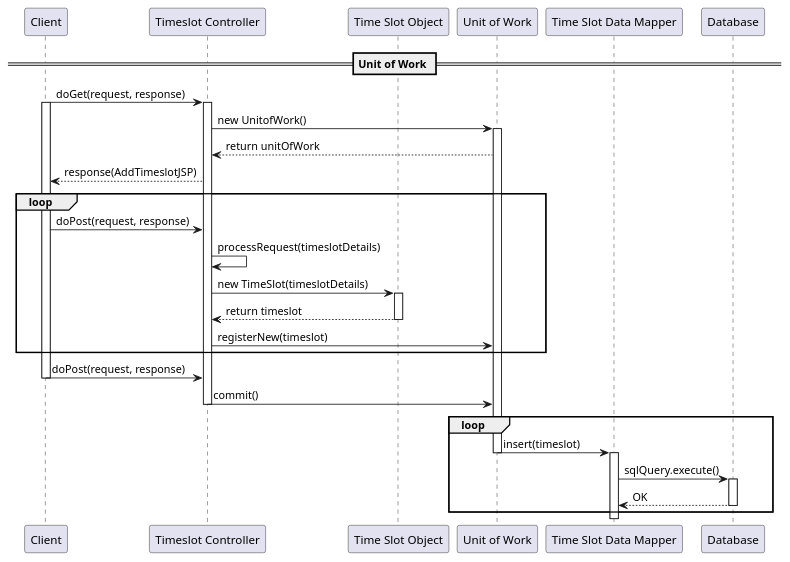
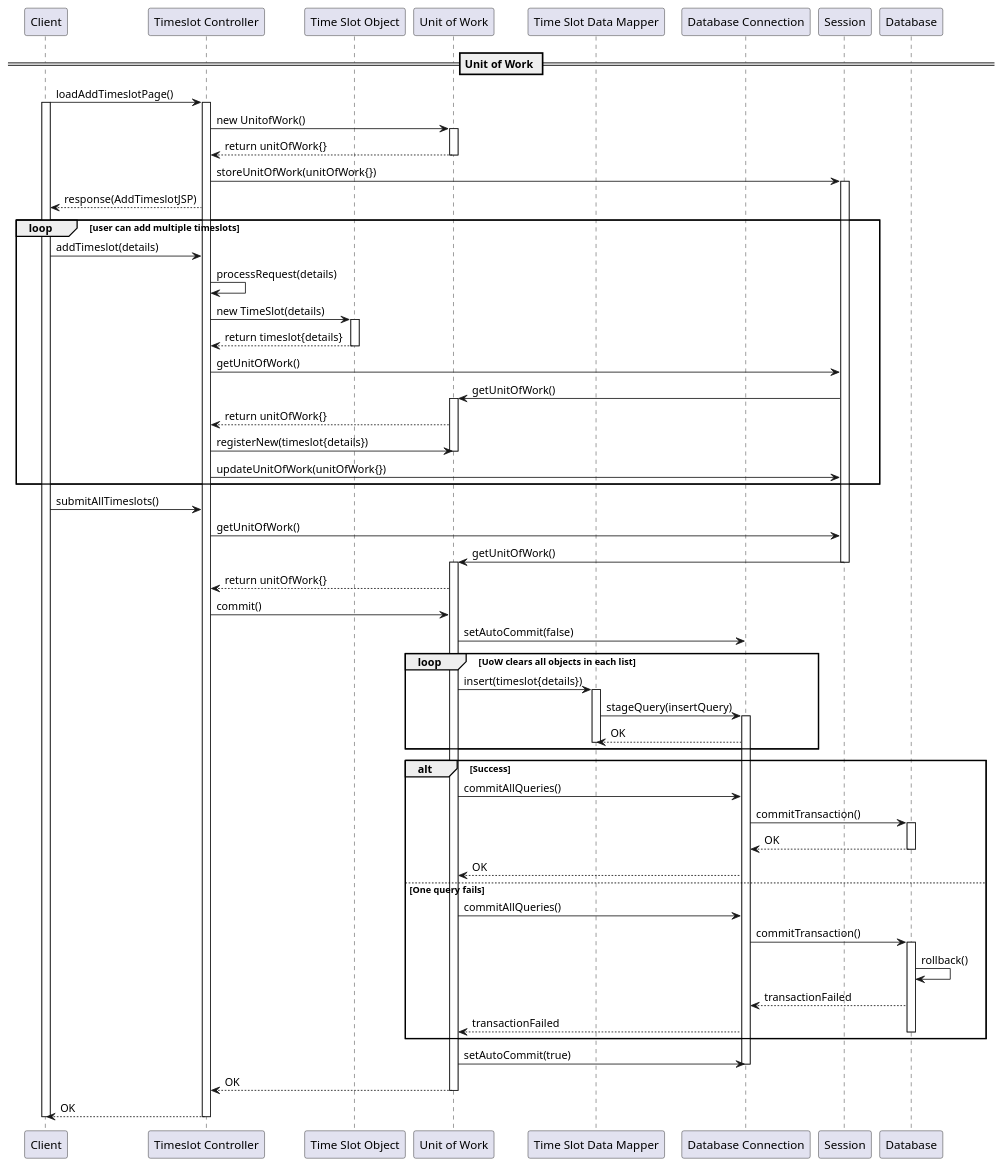
One commit to SWEN900072021/Covid19BookingSystem changed the diagram in docs/part2/UoWSequenceDiagram.puml. Above: the diagram before and after it, drawn with PlantUML. The commit also changed 1 other file, not shown here.

Commit message:
Sequence diagrams

```diff
--- a/docs/part2/UoWSequenceDiagram.puml
+++ b/docs/part2/UoWSequenceDiagram.puml
@@ -1,55 +1,87 @@
 @startuml
 'https://plantuml.com/sequence-diagram
-
-skinparam linetype polyline
 
 participant "Client" as Client
 participant "Timeslot Controller" as ATS_Controller
 participant "Time Slot Object" as TS
 participant "Unit of Work" as UoW
 participant "Time Slot Data Mapper" as TS_Mapper
+participant "Database Connection" as DBC
+participant "Session" as SS
 participant "Database" as DB
 
 
 
+
 == Unit of Work ==
-Client -> ATS_Controller: doGet(request, response)
+Client -> ATS_Controller: loadAddTimeslotPage()
 activate Client
 activate ATS_Controller
 ATS_Controller -> UoW: new UnitofWork()
 activate UoW
-UoW --> ATS_Controller: return unitOfWork
+UoW --> ATS_Controller: return unitOfWork{}
+deactivate UoW
+ATS_Controller -> SS: storeUnitOfWork(unitOfWork{})
+activate SS
 ATS_Controller --> Client: response(AddTimeslotJSP)
 
-loop
-Client -> ATS_Controller: doPost(request, response)
-ATS_Controller -> ATS_Controller: processRequest(timeslotDetails)
-ATS_Controller -> TS: new TimeSlot(timeslotDetails)
+loop user can add multiple timeslots
+Client -> ATS_Controller: addTimeslot(details)
+ATS_Controller -> ATS_Controller: processRequest(details)
+ATS_Controller -> TS: new TimeSlot(details)
 activate TS
-TS --> ATS_Controller: return timeslot
+TS --> ATS_Controller: return timeslot{details}
 deactivate TS
-ATS_Controller -> UoW: registerNew(timeslot)
+ATS_Controller -> SS: getUnitOfWork()
+SS -> UoW: getUnitOfWork()
+activate UoW
+UoW --> ATS_Controller: return unitOfWork{}
+ATS_Controller -> UoW: registerNew(timeslot{details})
+deactivate UoW
+ATS_Controller -> SS: updateUnitOfWork(unitOfWork{})
 end
 
-Client -> ATS_Controller: doPost(request, response)
-deactivate Client
+Client -> ATS_Controller: submitAllTimeslots()
+ATS_Controller -> SS: getUnitOfWork()
+SS -> UoW: getUnitOfWork()
+deactivate SS
+activate UoW
+UoW --> ATS_Controller: return unitOfWork{}
 ATS_Controller -> UoW: commit()
-deactivate ATS_Controller
 
-loop
-UoW -> TS_Mapper: insert(timeslot)
-deactivate UoW
+UoW -> DBC : setAutoCommit(false)
+loop UoW clears all objects in each list
+UoW -> TS_Mapper: insert(timeslot{details})
+
 activate TS_Mapper
-TS_Mapper -> DB: sqlQuery.execute()
+TS_Mapper -> DBC: stageQuery(insertQuery)
+activate DBC
+DBC --> TS_Mapper : OK
+deactivate TS_Mapper
+end
+alt Success
+UoW -> DBC: commitAllQueries()
+DBC -> DB: commitTransaction()
 activate DB
-DB --> TS_Mapper : OK
+DB --> DBC: OK
+deactivate DB
+DBC --> UoW: OK
+else One query fails
+UoW -> DBC: commitAllQueries()
+DBC -> DB: commitTransaction()
+activate DB
+DB -> DB: rollback()
+DB --> DBC: transactionFailed
+DBC --> UoW: transactionFailed
 deactivate DB
 end
 
+UoW -> DBC: setAutoCommit(true)
+deactivate DBC
+UoW --> ATS_Controller: OK
+deactivate UoW
 
-
-
-
-
-
+ATS_Controller --> Client: OK
+deactivate ATS_Controller
+deactivate Client
 @enduml
```
